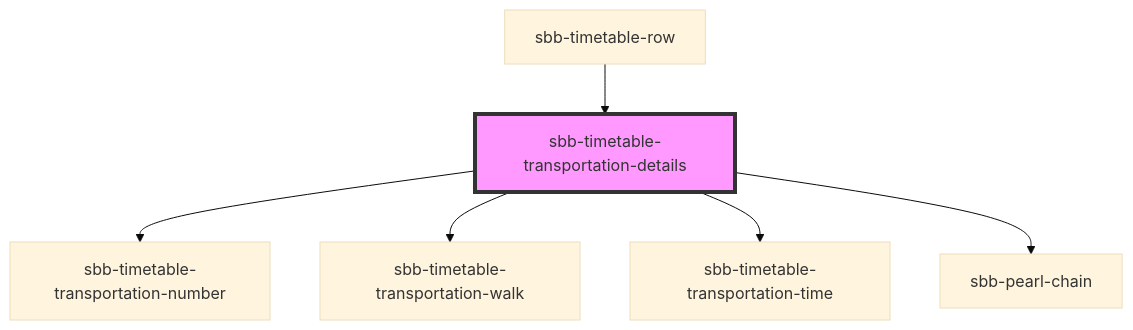
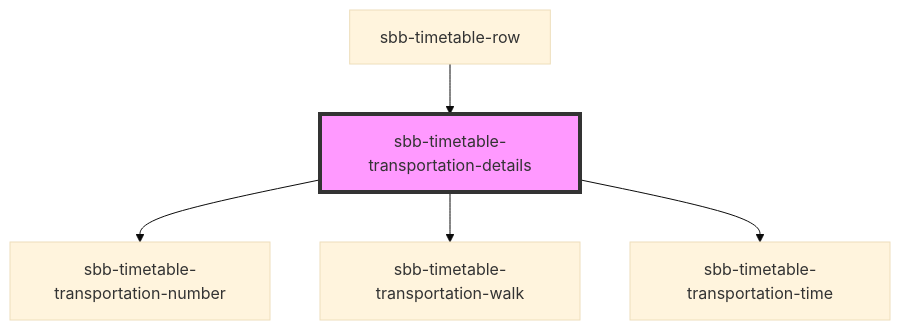
The diagram in src/components/sbb-timetable-transportation-details/readme.md (sbb-design-systems/lyne-components), drawn with Mermaid (base theme) before and after one commit. The commit also changed other lines of this file and 13 other files, not shown here.

Commit message:
feat: add interface to sbb-pearl-chain

````diff
--- a/src/components/sbb-timetable-transportation-details/readme.md
+++ b/src/components/sbb-timetable-transportation-details/readme.md
@@ -30,9 +29,8 @@
 ```mermaid
 graph TD;
   sbb-timetable-transportation-details --> sbb-timetable-transportation-number
   sbb-timetable-transportation-details --> sbb-timetable-transportation-walk
   sbb-timetable-transportation-details --> sbb-timetable-transportation-time
-  sbb-timetable-transportation-details --> sbb-pearl-chain
   sbb-timetable-row --> sbb-timetable-transportation-details
   style sbb-timetable-transportation-details fill:#f9f,stroke:#333,stroke-width:4px
 ```
````
